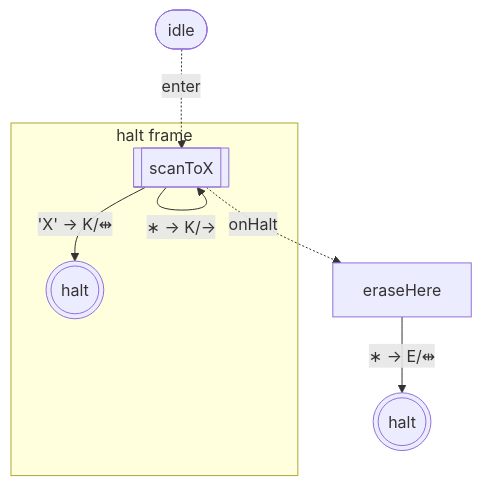
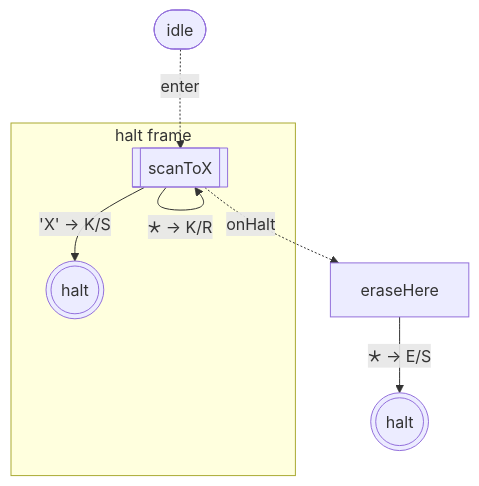
The fifth of 5 diagrams in packages/machine/README.md (mellonis/turing-machine-js), drawn with Mermaid before and after one commit. The commit also changed other lines of this file and 14 other files, not shown here.

First line of the commit message:
polish(emit + docs): readable vocabulary, removed hand-drawn diagrams, dogfooded `summarize`

````diff
--- a/packages/machine/README.md
+++ b/packages/machine/README.md
@@ -447,16 +397,16 @@
 ```mermaid
 flowchart TD
 %% alphabets: [[" ","a","b","X"]]
   s0(((halt)))
   s2["eraseHere"]
   idle([idle])
   subgraph w_3["halt frame"]
     s3[["scanToX"]]
     c3(((halt)))
   end
   idle -. enter .-> s3
-  s2 -- "∗ → E/⇹" --> s0
-  s3 -- "'X' → K/⇹" --> c3
-  s3 -- "∗ → K/→" --> s3
+  s2 -- "🞰 → E/S" --> s0
+  s3 -- "'X' → K/S" --> c3
+  s3 -- "🞰 → K/R" --> s3
   s3 -. onHalt .-> s2
 ```
````
